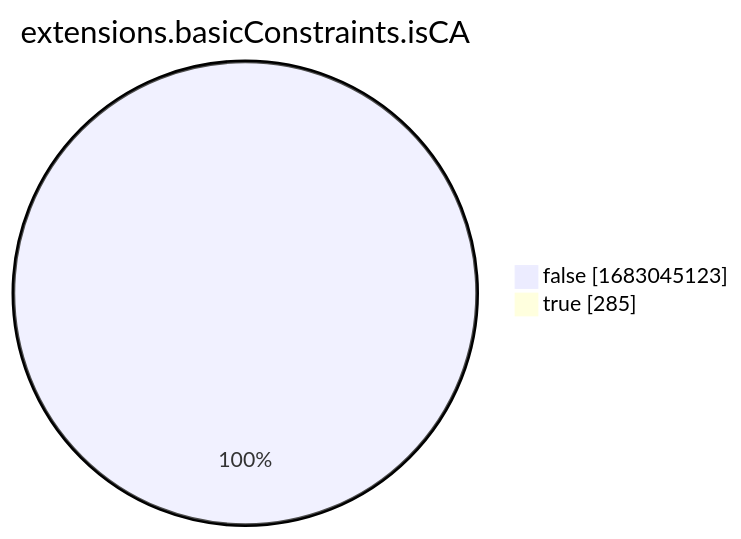
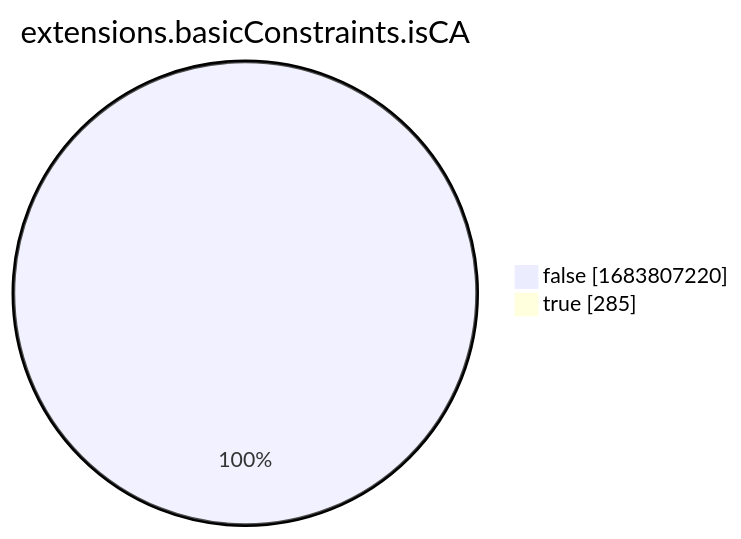
One commit to christiankrug/ctmonitor_visualization changed the eighth of 15 diagrams in xenon2022/README.md. Above: the diagram before and after it, drawn with Mermaid. The commit also changed other lines of this file, not shown here.

````diff
--- a/xenon2022/README.md
+++ b/xenon2022/README.md
@@ -2865,6 +2865,6 @@
 ```mermaid
 pie showData
 title extensions.basicConstraints.isCA
-"false" :1683045123
+"false" :1683807220
 "true" :285
 ```
````
